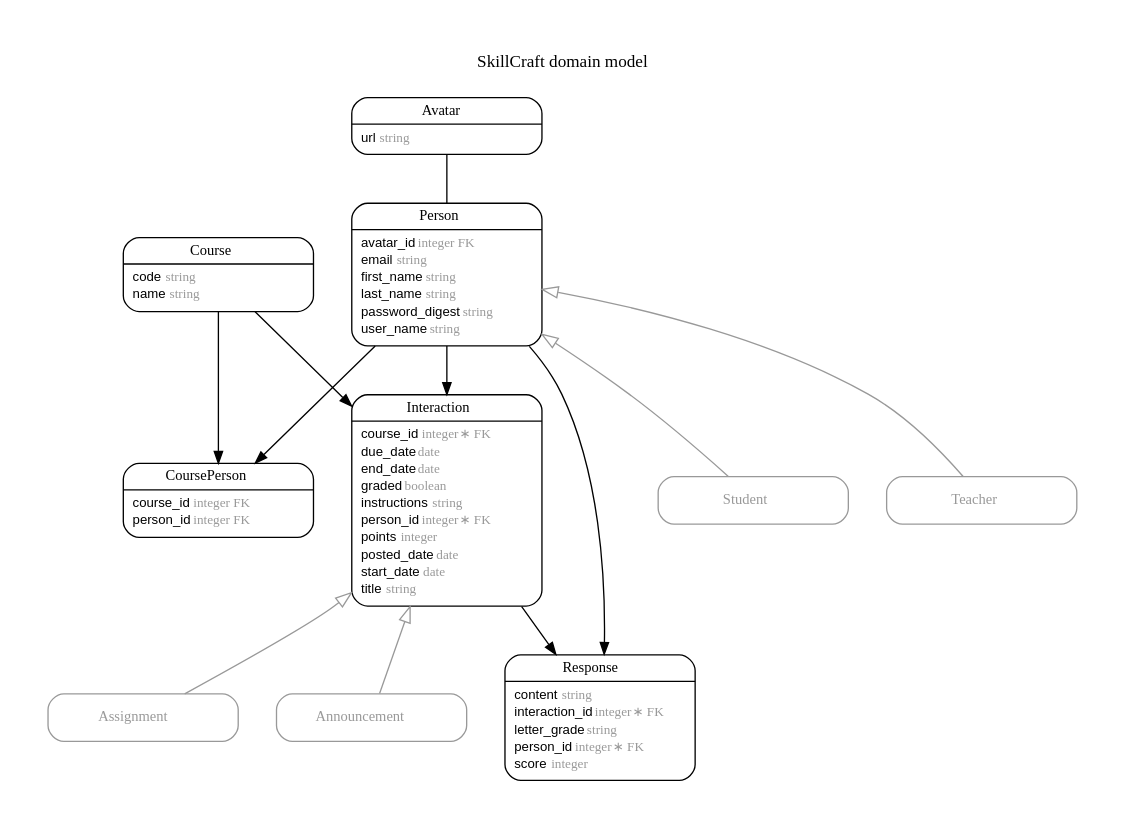
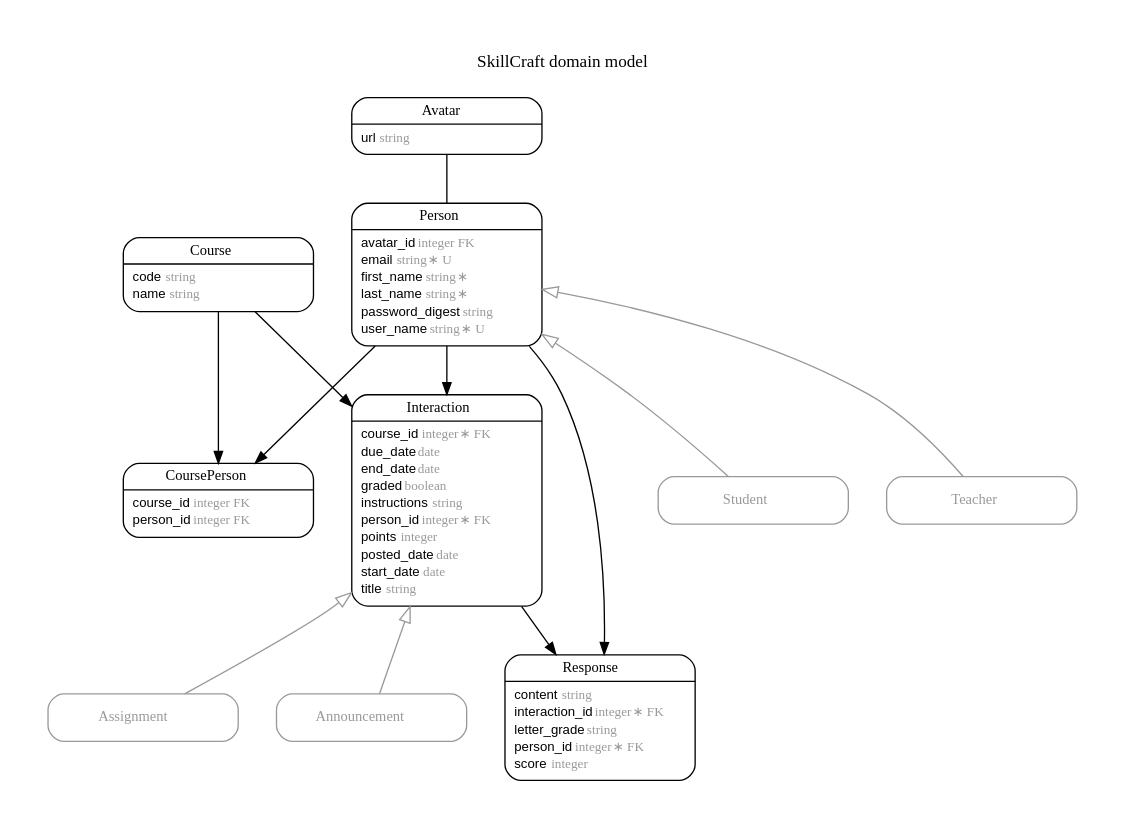
Before and after one commit to FergusDevelopmentLLC/skillcraft: the diagram in erd.dot, drawn with Graphviz. The commit also changed 7 other files, not shown here.

```diff
--- a/erd.dot
+++ b/erd.dot
@@ -1,111 +1,111 @@
 digraph SkillCraft {
 rankdir = "LR";
 ranksep = "0.5";
 nodesep = "0.4";
 pad = "0.4,0.4";
 margin = "0,0";
 concentrate = "true";
 labelloc = "t";
 fontsize = "13";
 fontname = "Arial Bold";
 splines = "spline";
 node[ shape  =  "Mrecord" , fontsize  =  "10" , fontname  =  "Arial" , margin  =  "0.07,0.05" , penwidth  =  "1.0"];
 edge[ fontname  =  "Arial" , fontsize  =  "7" , dir  =  "both" , arrowsize  =  "0.9" , penwidth  =  "1.0" , labelangle  =  "32" , labeldistance  =  "1.8"];
 rankdir = "TB";
 label = "SkillCraft domain model\n\n";
 m_Announcement [color = "grey60", fontcolor = "grey60", label = <{<table border="0" align="center" cellspacing="0.5" cellpadding="0" width="134">
   <tr><td align="center" valign="bottom" width="130"><font face="Arial Bold" point-size="11">Announcement</font></td></tr>
 </table>
 }>];
 m_Assignment [color = "grey60", fontcolor = "grey60", label = <{<table border="0" align="center" cellspacing="0.5" cellpadding="0" width="134">
   <tr><td align="center" valign="bottom" width="130"><font face="Arial Bold" point-size="11">Assignment</font></td></tr>
 </table>
 }>];
 m_Avatar [label = <{<table border="0" align="center" cellspacing="0.5" cellpadding="0" width="134">
   <tr><td align="center" valign="bottom" width="130"><font face="Arial Bold" point-size="11">Avatar</font></td></tr>
 </table>
 |
 <table border="0" align="left" cellspacing="2" cellpadding="0" width="134">
   <tr><td align="left" width="130" port="url">url <font face="Arial Italic" color="grey60">string</font></td></tr>
 </table>
 }>];
 m_Course [label = <{<table border="0" align="center" cellspacing="0.5" cellpadding="0" width="134">
   <tr><td align="center" valign="bottom" width="130"><font face="Arial Bold" point-size="11">Course</font></td></tr>
 </table>
 |
 <table border="0" align="left" cellspacing="2" cellpadding="0" width="134">
   <tr><td align="left" width="130" port="code">code <font face="Arial Italic" color="grey60">string</font></td></tr>
   <tr><td align="left" width="130" port="name">name <font face="Arial Italic" color="grey60">string</font></td></tr>
 </table>
 }>];
 m_CoursePerson [label = <{<table border="0" align="center" cellspacing="0.5" cellpadding="0" width="134">
   <tr><td align="center" valign="bottom" width="130"><font face="Arial Bold" point-size="11">CoursePerson</font></td></tr>
 </table>
 |
 <table border="0" align="left" cellspacing="2" cellpadding="0" width="134">
   <tr><td align="left" width="130" port="course_id">course_id <font face="Arial Italic" color="grey60">integer FK</font></td></tr>
   <tr><td align="left" width="130" port="person_id">person_id <font face="Arial Italic" color="grey60">integer FK</font></td></tr>
 </table>
 }>];
 m_Interaction [label = <{<table border="0" align="center" cellspacing="0.5" cellpadding="0" width="134">
   <tr><td align="center" valign="bottom" width="130"><font face="Arial Bold" point-size="11">Interaction</font></td></tr>
 </table>
 |
 <table border="0" align="left" cellspacing="2" cellpadding="0" width="134">
   <tr><td align="left" width="130" port="course_id">course_id <font face="Arial Italic" color="grey60">integer ∗ FK</font></td></tr>
   <tr><td align="left" width="130" port="due_date">due_date <font face="Arial Italic" color="grey60">date</font></td></tr>
   <tr><td align="left" width="130" port="end_date">end_date <font face="Arial Italic" color="grey60">date</font></td></tr>
   <tr><td align="left" width="130" port="graded">graded <font face="Arial Italic" color="grey60">boolean</font></td></tr>
   <tr><td align="left" width="130" port="instructions">instructions <font face="Arial Italic" color="grey60">string</font></td></tr>
   <tr><td align="left" width="130" port="person_id">person_id <font face="Arial Italic" color="grey60">integer ∗ FK</font></td></tr>
   <tr><td align="left" width="130" port="points">points <font face="Arial Italic" color="grey60">integer</font></td></tr>
   <tr><td align="left" width="130" port="posted_date">posted_date <font face="Arial Italic" color="grey60">date</font></td></tr>
   <tr><td align="left" width="130" port="start_date">start_date <font face="Arial Italic" color="grey60">date</font></td></tr>
   <tr><td align="left" width="130" port="title">title <font face="Arial Italic" color="grey60">string</font></td></tr>
 </table>
 }>];
 m_Person [label = <{<table border="0" align="center" cellspacing="0.5" cellpadding="0" width="134">
   <tr><td align="center" valign="bottom" width="130"><font face="Arial Bold" point-size="11">Person</font></td></tr>
 </table>
 |
 <table border="0" align="left" cellspacing="2" cellpadding="0" width="134">
   <tr><td align="left" width="130" port="avatar_id">avatar_id <font face="Arial Italic" color="grey60">integer FK</font></td></tr>
-  <tr><td align="left" width="130" port="email">email <font face="Arial Italic" color="grey60">string</font></td></tr>
-  <tr><td align="left" width="130" port="first_name">first_name <font face="Arial Italic" color="grey60">string</font></td></tr>
-  <tr><td align="left" width="130" port="last_name">last_name <font face="Arial Italic" color="grey60">string</font></td></tr>
+  <tr><td align="left" width="130" port="email">email <font face="Arial Italic" color="grey60">string ∗ U</font></td></tr>
+  <tr><td align="left" width="130" port="first_name">first_name <font face="Arial Italic" color="grey60">string ∗</font></td></tr>
+  <tr><td align="left" width="130" port="last_name">last_name <font face="Arial Italic" color="grey60">string ∗</font></td></tr>
   <tr><td align="left" width="130" port="password_digest">password_digest <font face="Arial Italic" color="grey60">string</font></td></tr>
-  <tr><td align="left" width="130" port="user_name">user_name <font face="Arial Italic" color="grey60">string</font></td></tr>
+  <tr><td align="left" width="130" port="user_name">user_name <font face="Arial Italic" color="grey60">string ∗ U</font></td></tr>
 </table>
 }>];
 m_Response [label = <{<table border="0" align="center" cellspacing="0.5" cellpadding="0" width="134">
   <tr><td align="center" valign="bottom" width="130"><font face="Arial Bold" point-size="11">Response</font></td></tr>
 </table>
 |
 <table border="0" align="left" cellspacing="2" cellpadding="0" width="134">
   <tr><td align="left" width="130" port="content">content <font face="Arial Italic" color="grey60">string</font></td></tr>
   <tr><td align="left" width="130" port="interaction_id">interaction_id <font face="Arial Italic" color="grey60">integer ∗ FK</font></td></tr>
   <tr><td align="left" width="130" port="letter_grade">letter_grade <font face="Arial Italic" color="grey60">string</font></td></tr>
   <tr><td align="left" width="130" port="person_id">person_id <font face="Arial Italic" color="grey60">integer ∗ FK</font></td></tr>
   <tr><td align="left" width="130" port="score">score <font face="Arial Italic" color="grey60">integer</font></td></tr>
 </table>
 }>];
 m_Student [color = "grey60", fontcolor = "grey60", label = <{<table border="0" align="center" cellspacing="0.5" cellpadding="0" width="134">
   <tr><td align="center" valign="bottom" width="130"><font face="Arial Bold" point-size="11">Student</font></td></tr>
 </table>
 }>];
 m_Teacher [color = "grey60", fontcolor = "grey60", label = <{<table border="0" align="center" cellspacing="0.5" cellpadding="0" width="134">
   <tr><td align="center" valign="bottom" width="130"><font face="Arial Bold" point-size="11">Teacher</font></td></tr>
 </table>
 }>];
   m_Interaction -> m_Announcement [color = "grey60", arrowtail = "onormal", arrowhead = "none", arrowsize = "1.2"];
   m_Interaction -> m_Assignment [color = "grey60", arrowtail = "onormal", arrowhead = "none", arrowsize = "1.2"];
   m_Person -> m_Student [color = "grey60", arrowtail = "onormal", arrowhead = "none", arrowsize = "1.2"];
   m_Person -> m_Teacher [color = "grey60", arrowtail = "onormal", arrowhead = "none", arrowsize = "1.2"];
   m_Person -> m_Response [arrowhead = "normal", arrowtail = "none", weight = "4"];
   m_Person -> m_Interaction [arrowhead = "normal", arrowtail = "none", weight = "6"];
   m_Person -> m_CoursePerson [arrowhead = "normal", arrowtail = "none", weight = "4"];
   m_Avatar -> m_Person [arrowhead = "none", arrowtail = "none", weight = "4"];
   m_Course -> m_Interaction [arrowhead = "normal", arrowtail = "none", weight = "4"];
   m_Interaction -> m_Response [arrowhead = "normal", arrowtail = "none", weight = "4"];
   m_Course -> m_CoursePerson [arrowhead = "normal", arrowtail = "none", weight = "2"];
 }
```
